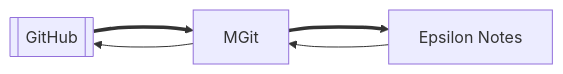
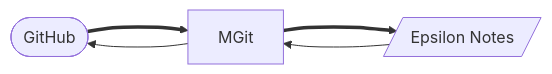
Before and after one commit to dudung/kuno: the diagram in README.md, drawn with Mermaid.

````diff
--- a/README.md
+++ b/README.md
@@ -12,7 +12,7 @@
   ```mermaid
   graph LR
-  A[[GitHub]];
+  A([GitHub]);
   B[MGit];
-  C[Epsilon Notes];
+  C[/Epsilon Notes/];
   A ===> B ===> C ---> B ---> A
   ```
````
